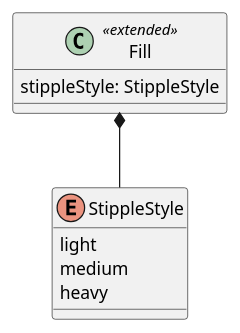
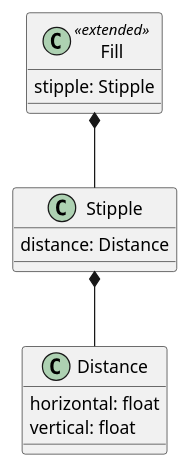
One commit to opengeospatial/styles-and-symbology changed the second of 2 diagrams in 1-core/sections/clause_12_advanced_fills.adoc. Above: the diagram before and after it, drawn with PlantUML. The commit also changed other lines of this file and 1 other file, not shown here.

Commit message:
Change stipple to add a distance class that manages horizontal and vertical points in the fill

```diff
--- a/1-core/sections/clause_12_advanced_fills.adoc
+++ b/1-core/sections/clause_12_advanced_fills.adoc
@@ -57,11 +57,14 @@
 [plantuml, target=diagram-classes, format=png]
 ....
 class Fill <<extended>>
-Fill : stippleStyle: StippleStyle
-Fill *-- StippleStyle
+Fill : stipple: Stipple
+Fill *-- Stipple
 
-enum StippleStyle
-StippleStyle : light
-StippleStyle : medium
-StippleStyle : heavy
+Stipple : distance: Distance
+Stipple *-- Distance
+
+Distance : horizontal: float
+Distance : vertical: float
+
+
 ....
```
